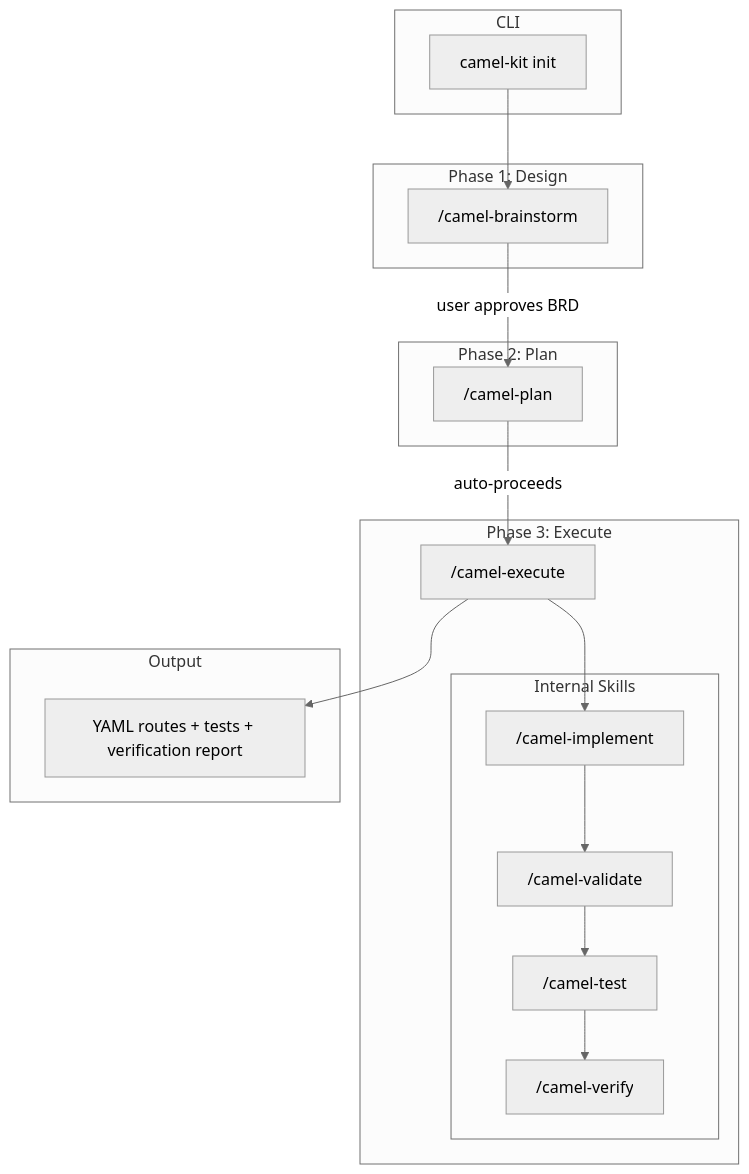
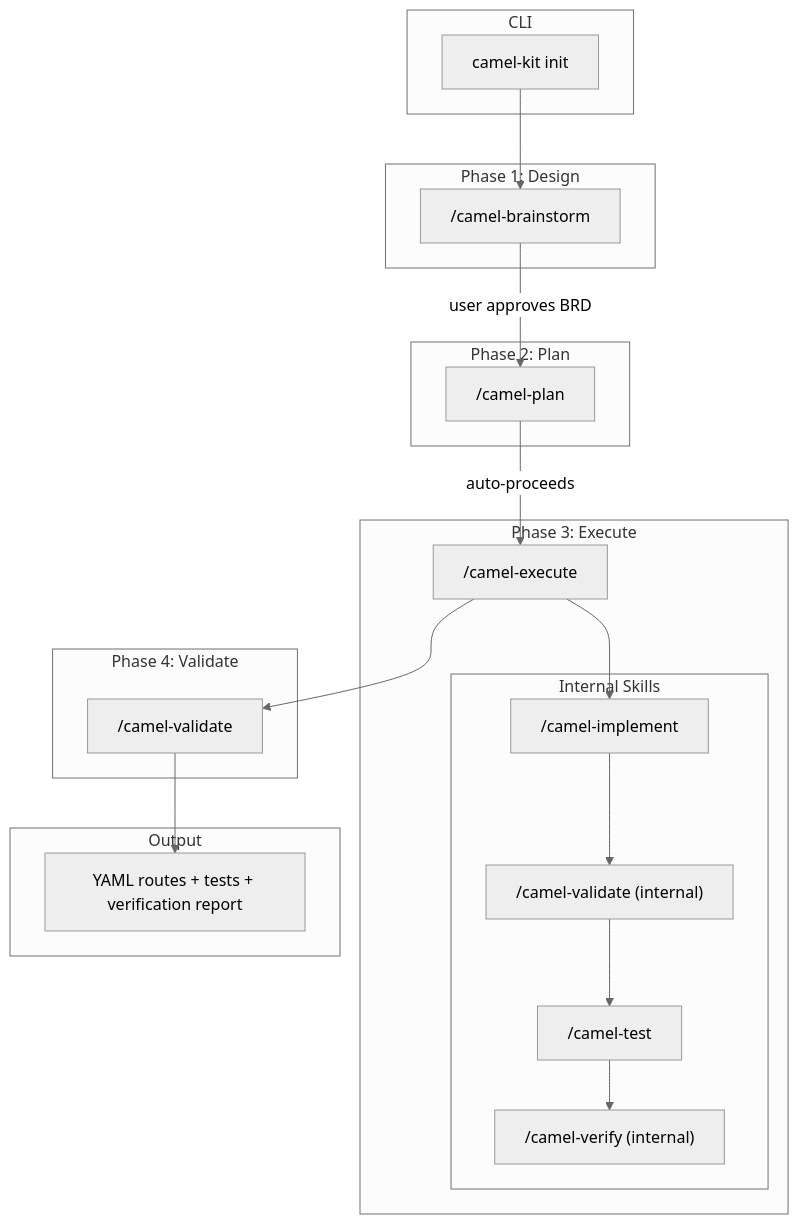
One commit to luigidemasi/camel-kit changed the third of 3 diagrams in docs/user-guide.md. Above: the diagram before and after it, drawn with Mermaid (neutral theme). The commit also changed other lines of this file and 12 other files, not shown here.

First line of the commit message:
fix #63: promote validate to Tier 1, internalize verify as subagent-only

````diff
--- a/docs/user-guide.md
+++ b/docs/user-guide.md
@@ -204,30 +204,34 @@
 ```mermaid
 flowchart TB
     subgraph CLI
         A["camel-kit init"]
     end
     subgraph "Phase 1: Design"
         B["/camel-brainstorm"]
     end
     subgraph "Phase 2: Plan"
         C["/camel-plan"]
     end
     subgraph "Phase 3: Execute"
         D["/camel-execute"]
         subgraph "Internal Skills"
             I["/camel-implement"]
-            V["/camel-validate"]
+            V2["/camel-validate (internal)"]
             T["/camel-test"]
-            R["/camel-verify"]
+            R["/camel-verify (internal)"]
         end
+    end
+    subgraph "Phase 4: Validate"
+        VF["/camel-validate"]
     end
     subgraph Output
         E["YAML routes + tests + verification report"]
     end
 
     A --> B
     B -->|"user approves BRD"| C
     C -->|"auto-proceeds"| D
-    D --> I --> V --> T --> R
-    D --> E
+    D --> I --> V2 --> T --> R
+    D --> VF
+    VF --> E
 ```
````
